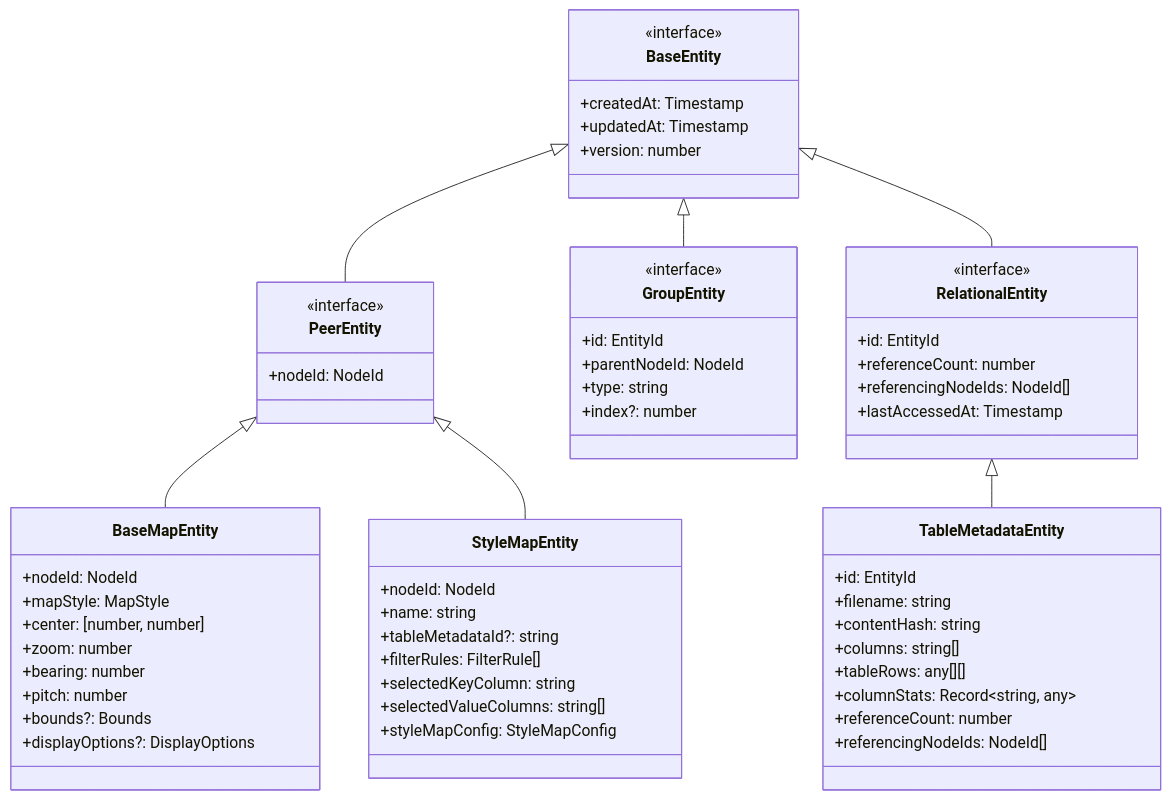
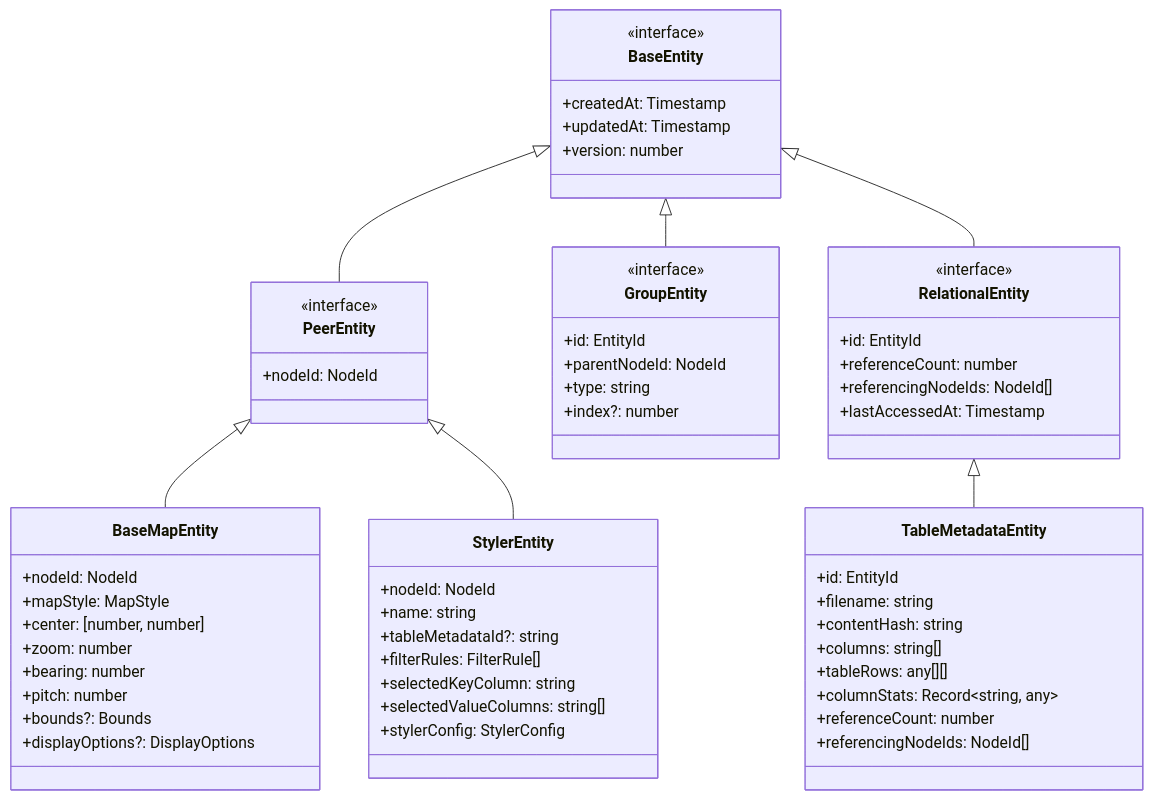
The third of 18 diagrams in docs/deprecated/REPORT/technical-architecture-specification.md (kubohiroya/hierarchidb), drawn with Mermaid before and after one commit. The commit also changed other lines of this file and 267 other files, not shown here.

````diff
--- a/docs/deprecated/REPORT/technical-architecture-specification.md
+++ b/docs/deprecated/REPORT/technical-architecture-specification.md
@@ -166,69 +166,69 @@
 ```mermaid
 classDiagram
     class BaseEntity {
         <<interface>>
         +createdAt: Timestamp
         +updatedAt: Timestamp
         +version: number
     }
 
     class PeerEntity {
         <<interface>>
         +nodeId: NodeId
     }
 
     class GroupEntity {
         <<interface>>
         +id: EntityId
         +parentNodeId: NodeId
         +type: string
         +index?: number
     }
 
     class RelationalEntity {
         <<interface>>
         +id: EntityId
         +referenceCount: number
         +referencingNodeIds: NodeId[]
         +lastAccessedAt: Timestamp
     }
 
     class BaseMapEntity {
         +nodeId: NodeId
         +mapStyle: MapStyle
         +center: [number, number]
         +zoom: number
         +bearing: number
         +pitch: number
         +bounds?: Bounds
         +displayOptions?: DisplayOptions
     }
 
-    class StyleMapEntity {
+    class StylerEntity {
         +nodeId: NodeId
         +name: string
         +tableMetadataId?: string
         +filterRules: FilterRule[]
         +selectedKeyColumn: string
         +selectedValueColumns: string[]
-        +styleMapConfig: StyleMapConfig
+        +stylerConfig: StylerConfig
     }
 
     class TableMetadataEntity {
         +id: EntityId
         +filename: string
         +contentHash: string
         +columns: string[]
         +tableRows: any[][]
         +columnStats: Record~string, any~
         +referenceCount: number
         +referencingNodeIds: NodeId[]
     }
 
     BaseEntity <|-- PeerEntity
     BaseEntity <|-- GroupEntity
     BaseEntity <|-- RelationalEntity
     PeerEntity <|-- BaseMapEntity
-    PeerEntity <|-- StyleMapEntity
+    PeerEntity <|-- StylerEntity
     RelationalEntity <|-- TableMetadataEntity
 ```
````
